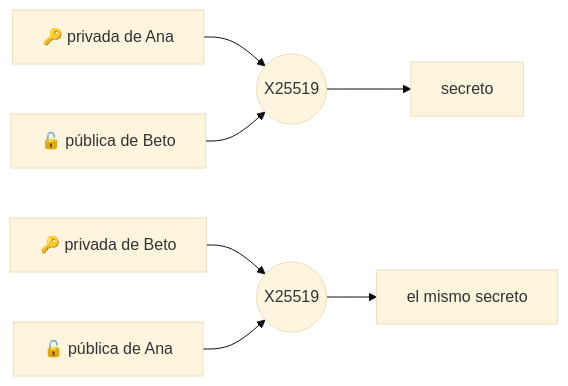
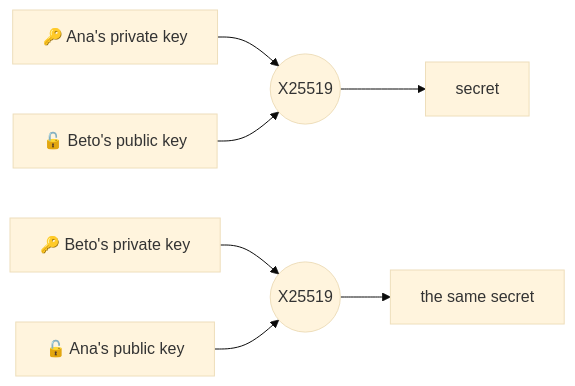
One commit to fsoftt/Murmur changed the second of 2 diagrams in website/concepts/keys-and-signatures.md. Above: the diagram before and after it, drawn with Mermaid (base theme). The commit also changed other lines of this file and 51 other files, not shown here.

````diff
--- a/website/concepts/keys-and-signatures.md
+++ b/website/concepts/keys-and-signatures.md
@@ -32,9 +32,9 @@
 ```mermaid
 flowchart LR
-    a[🔑 privada de Ana] --> X1((X25519))
-    B[🔓 pública de Beto] --> X1
-    b[🔑 privada de Beto] --> X2((X25519))
-    A[🔓 pública de Ana] --> X2
-    X1 --> S1[secreto]
-    X2 --> S2[el mismo secreto]
+    a[🔑 Ana's private key] --> X1((X25519))
+    B[🔓 Beto's public key] --> X1
+    b[🔑 Beto's private key] --> X2((X25519))
+    A[🔓 Ana's public key] --> X2
+    X1 --> S1[secret]
+    X2 --> S2[the same secret]
 ```
````
